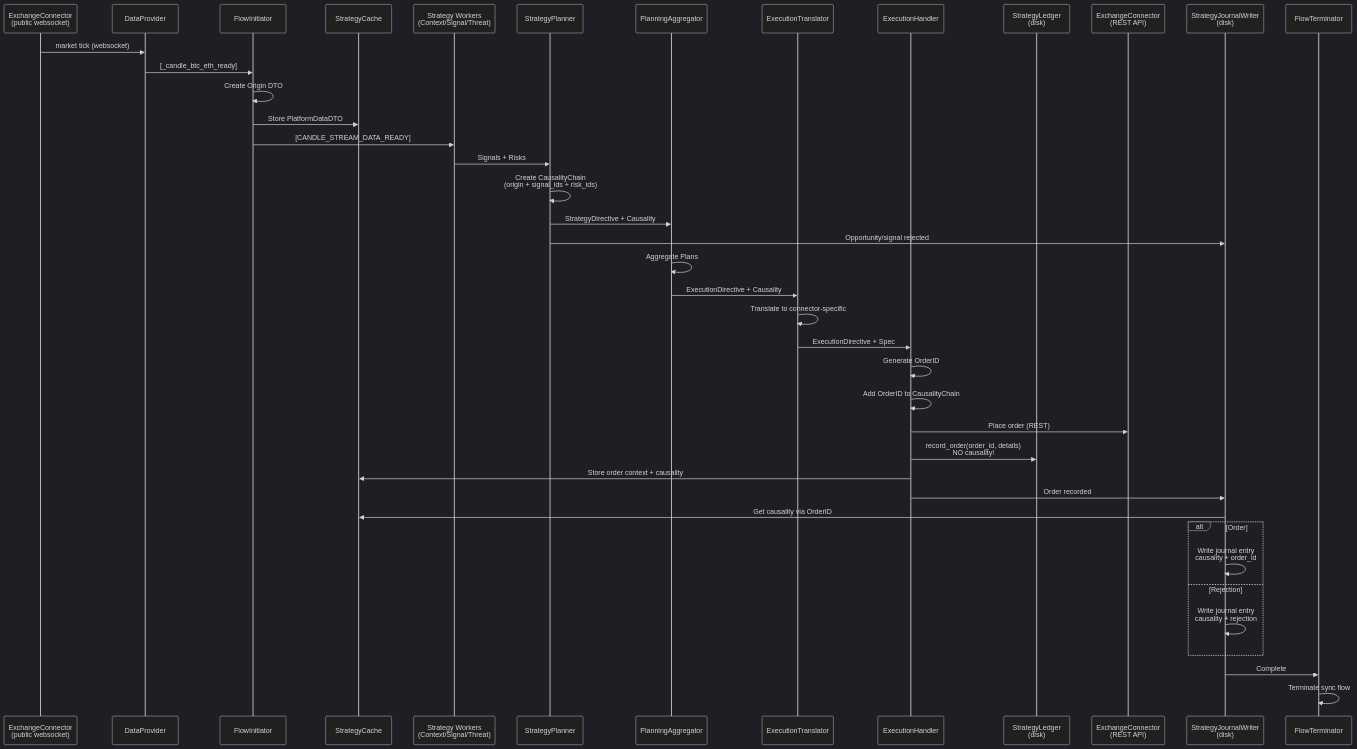
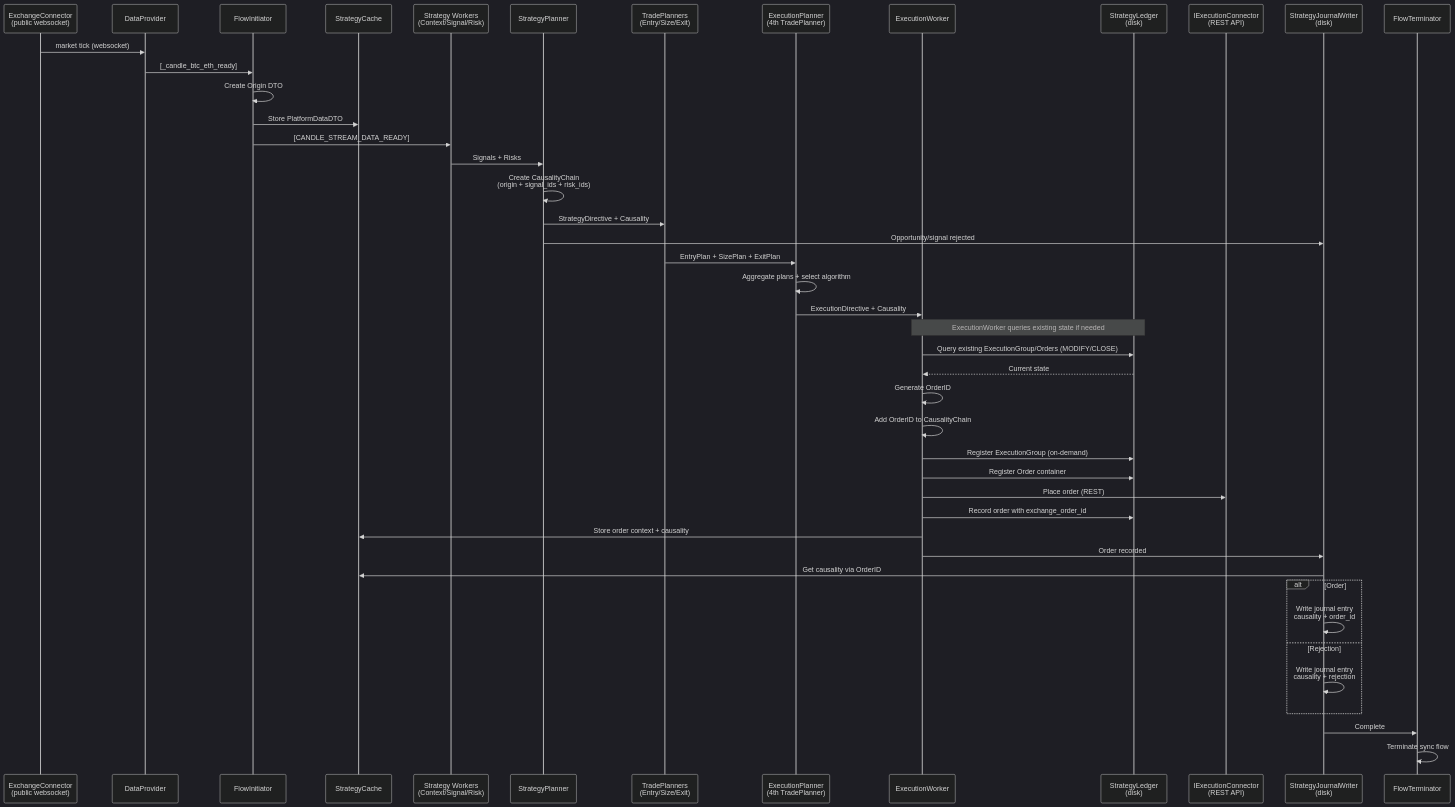
One commit to MikeyVK/S1mpleTraderV3 changed the first of 3 diagrams in docs/architecture/EXECUTION_FLOW.md. Above: the diagram before and after it, drawn with Mermaid (dark theme). The commit also changed other lines of this file, not shown here.

First line of the commit message:
docs: revise EXECUTION_FLOW.md v2.0 - ExecutionHandler→ExecutionWorker

````diff
--- a/docs/architecture/EXECUTION_FLOW.md
+++ b/docs/architecture/EXECUTION_FLOW.md
@@ -77,51 +77,55 @@
 ```mermaid
 sequenceDiagram
     participant EC as ExchangeConnector<br/>(public websocket)
     participant DP as DataProvider
     participant FI as FlowInitiator
     participant SC as StrategyCache
-    participant SW as Strategy Workers<br/>(Context/Signal/Threat)
+    participant SW as Strategy Workers<br/>(Context/Signal/Risk)
     participant SP as StrategyPlanner
-    participant PA as PlanningAggregator
-    participant ET as ExecutionTranslator
-    participant EH as ExecutionHandler
+    participant TP as TradePlanners<br/>(Entry/Size/Exit)
+    participant EP as ExecutionPlanner<br/>(4th TradePlanner)
+    participant EW as ExecutionWorker
     participant SL as StrategyLedger<br/>(disk)
-    participant XC as ExchangeConnector<br/>(REST API)
+    participant XC as IExecutionConnector<br/>(REST API)
     participant SJ as StrategyJournalWriter<br/>(disk)
     participant FT as FlowTerminator
 
     EC->>DP: market tick (websocket)
     DP->>FI: [_candle_btc_eth_ready]
     FI->>FI: Create Origin DTO
     FI->>SC: Store PlatformDataDTO
     FI->>SW: [CANDLE_STREAM_DATA_READY]
     
     SW->>SP: Signals + Risks
     SP->>SP: Create CausalityChain<br/>(origin + signal_ids + risk_ids)
-    SP->>PA: StrategyDirective + Causality
+    SP->>TP: StrategyDirective + Causality
     SP->>SJ: Opportunity/signal rejected
     
-    PA->>PA: Aggregate Plans
-    PA->>ET: ExecutionDirective + Causality
+    TP->>EP: EntryPlan + SizePlan + ExitPlan
+    EP->>EP: Aggregate plans + select algorithm
+    EP->>EW: ExecutionDirective + Causality
     
-    ET->>ET: Translate to connector-specific
-    ET->>EH: ExecutionDirective + Spec
+    Note over EW,SL: ExecutionWorker queries existing state if needed
+    EW->>SL: Query existing ExecutionGroup/Orders (MODIFY/CLOSE)
+    SL-->>EW: Current state
     
-    EH->>EH: Generate OrderID
-    EH->>EH: Add OrderID to CausalityChain
-    EH->>XC: Place order (REST)
-    EH->>SL: record_order(order_id, details)<br/>NO causality!
-    EH->>SC: Store order context + causality
+    EW->>EW: Generate OrderID
+    EW->>EW: Add OrderID to CausalityChain
+    EW->>SL: Register ExecutionGroup (on-demand)
+    EW->>SL: Register Order container
+    EW->>XC: Place order (REST)
+    EW->>SL: Record order with exchange_order_id
+    EW->>SC: Store order context + causality
     
-    EH->>SJ: Order recorded
+    EW->>SJ: Order recorded
     SJ->>SC: Get causality via OrderID
 
     alt Order
         SJ->>SJ: Write journal entry<br/>causality + order_id
     else Rejection
         SJ->>SJ: Write journal entry<br/>causality + rejection
     end
 
     SJ->>FT: Complete
     FT->>FT: Terminate sync flow
 ```
````
